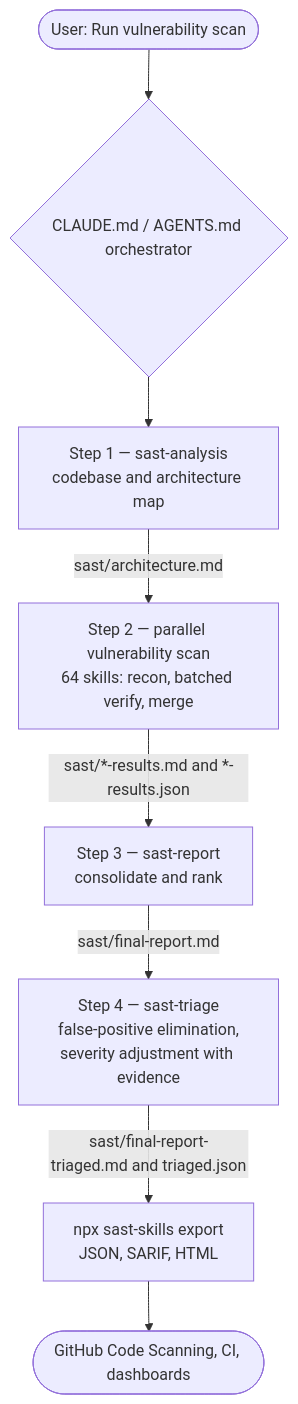
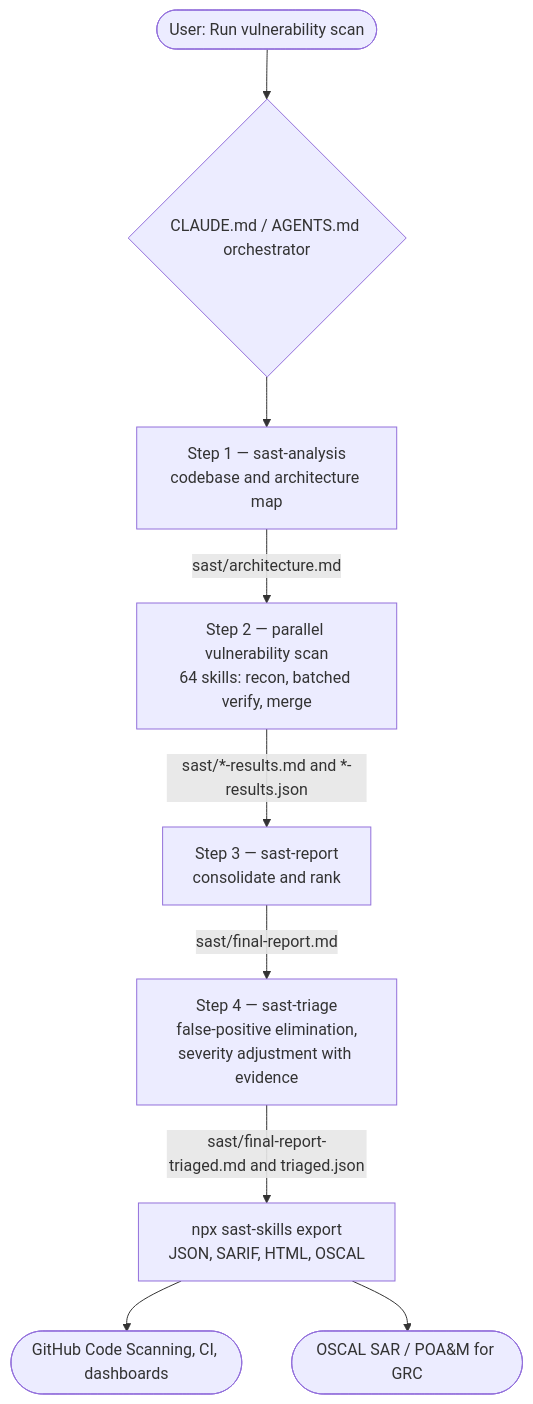
Before and after one commit to mstfknn/sast-skills: the diagram in README.md, drawn with Mermaid. The commit also changed other lines of this file and 17 other files, not shown here.

````diff
--- a/README.md
+++ b/README.md
@@ -62,10 +63,11 @@
 ```mermaid
 flowchart TD
     U(["User: Run vulnerability scan"]) --> R{"CLAUDE.md / AGENTS.md orchestrator"}
     R --> S1["Step 1 — sast-analysis<br/>codebase and architecture map"]
     S1 -->|sast/architecture.md| S2["Step 2 — parallel vulnerability scan<br/>64 skills: recon, batched verify, merge"]
     S2 -->|sast/*-results.md and *-results.json| S3["Step 3 — sast-report<br/>consolidate and rank"]
     S3 -->|sast/final-report.md| S4["Step 4 — sast-triage<br/>false-positive elimination,<br/>severity adjustment with evidence"]
-    S4 -->|sast/final-report-triaged.md and triaged.json| EXP["npx sast-skills export<br/>JSON, SARIF, HTML"]
+    S4 -->|sast/final-report-triaged.md and triaged.json| EXP["npx sast-skills export<br/>JSON, SARIF, HTML, OSCAL"]
     EXP --> CS(["GitHub Code Scanning, CI, dashboards"])
+    EXP --> GRC(["OSCAL SAR / POA&M for GRC"])
 ```
````
